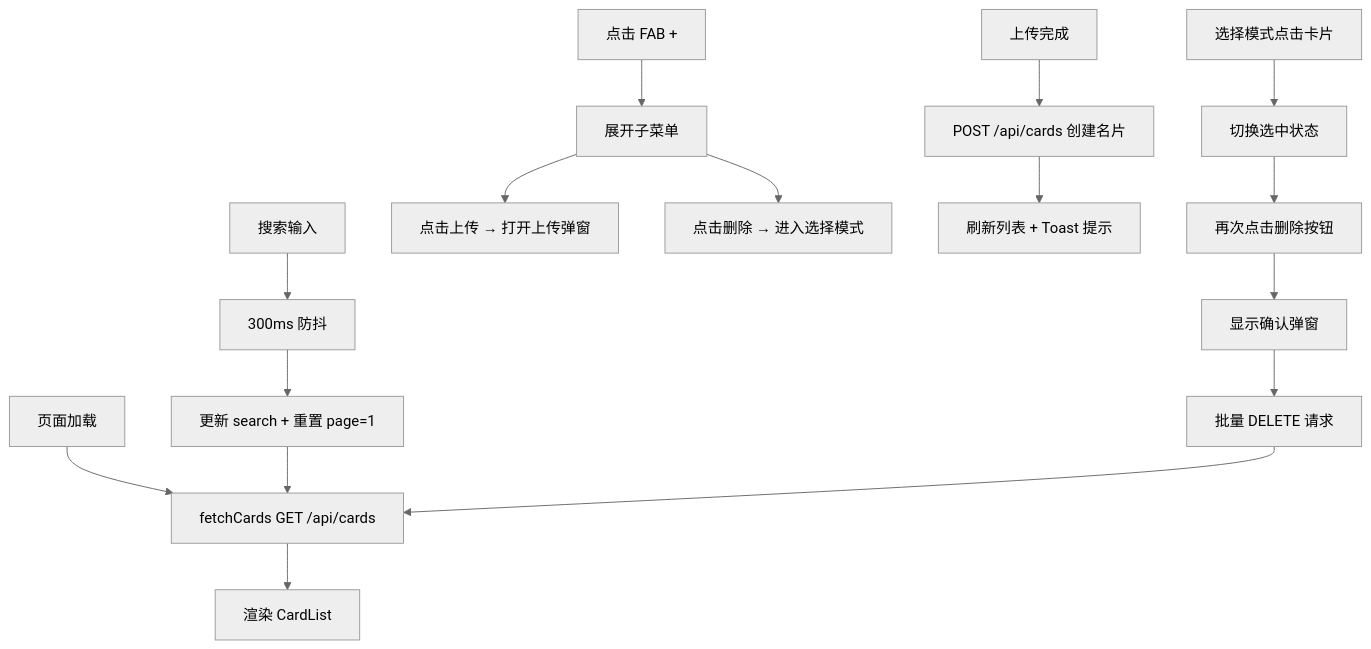
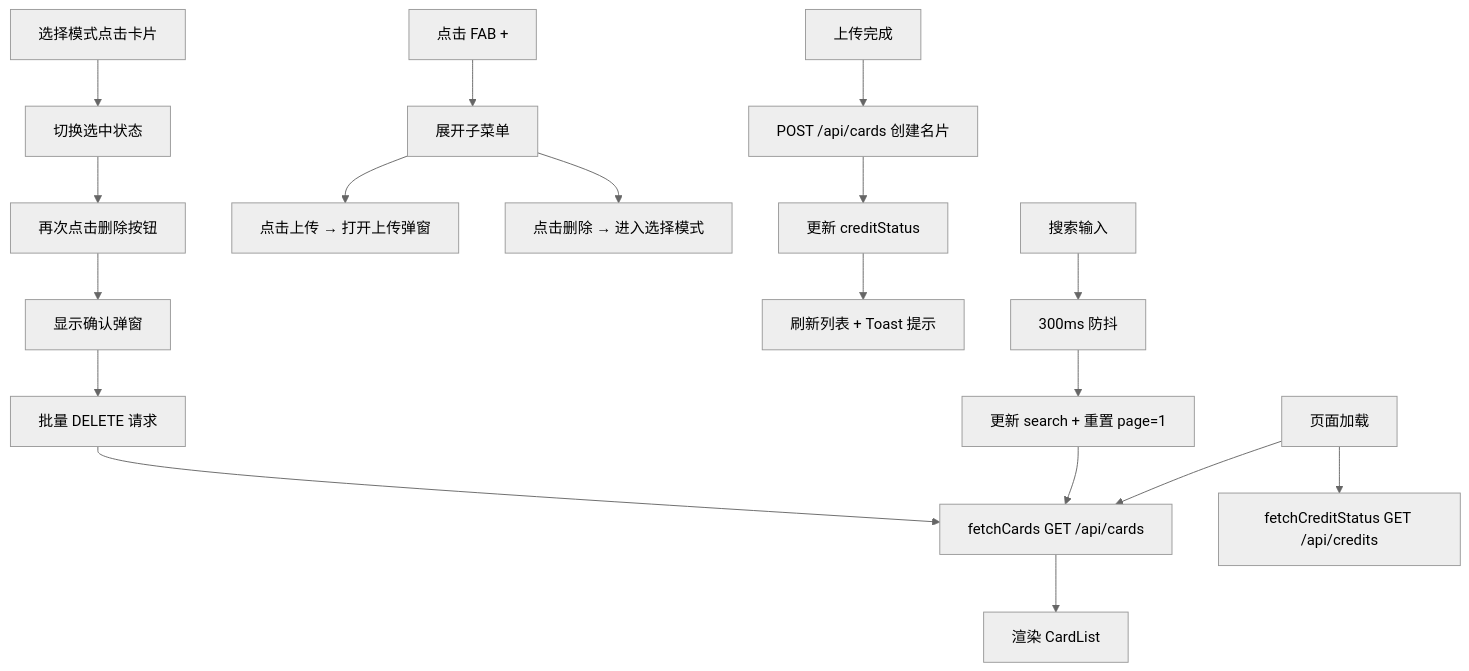
The second of 2 diagrams in Documents/frontend/frontend.md (addicted0010/namecardfolder), drawn with Mermaid (neutral theme) before and after one commit. The commit also changed other lines of this file and 24 other files, not shown here.

First line of the commit message:
feat: add daily card credits (v0.12.3)

````diff
--- a/Documents/frontend/frontend.md
+++ b/Documents/frontend/frontend.md
@@ -79,22 +80,24 @@
 ```mermaid
 graph TD
-    A[页面加载] --> B[fetchCards GET /api/cards]
-    B --> C[渲染 CardList]
+    pageLoad[页面加载] --> fetchCards[fetchCards GET /api/cards]
+    pageLoad --> fetchCredits[fetchCreditStatus GET /api/credits]
+    fetchCards --> renderList[渲染 CardList]
     
-    D[搜索输入] --> E[300ms 防抖]
-    E --> F[更新 search + 重置 page=1]
-    F --> B
+    searchInput[搜索输入] --> debounce[300ms 防抖]
+    debounce --> updateSearch[更新 search + 重置 page=1]
+    updateSearch --> fetchCards
     
-    G[点击 FAB +] --> H[展开子菜单]
-    H --> I[点击上传 → 打开上传弹窗]
-    H --> J[点击删除 → 进入选择模式]
+    fabClick[点击 FAB +] --> openMenu[展开子菜单]
+    openMenu --> openUpload[点击上传 → 打开上传弹窗]
+    openMenu --> enterSelect[点击删除 → 进入选择模式]
     
-    K[上传完成] --> L[POST /api/cards 创建名片]
-    L --> M[刷新列表 + Toast 提示]
+    uploadDone[上传完成] --> createCard[POST /api/cards 创建名片]
+    createCard --> updateCredits[更新 creditStatus]
+    updateCredits --> refreshList[刷新列表 + Toast 提示]
     
-    N[选择模式点击卡片] --> O[切换选中状态]
-    O --> P[再次点击删除按钮]
-    P --> Q[显示确认弹窗]
-    Q --> R[批量 DELETE 请求]
-    R --> B
+    selectCard[选择模式点击卡片] --> toggleSelected[切换选中状态]
+    toggleSelected --> deleteClick[再次点击删除按钮]
+    deleteClick --> confirmDelete[显示确认弹窗]
+    confirmDelete --> batchDelete[批量 DELETE 请求]
+    batchDelete --> fetchCards
 ```
````
